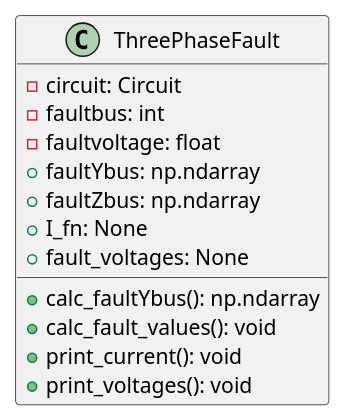
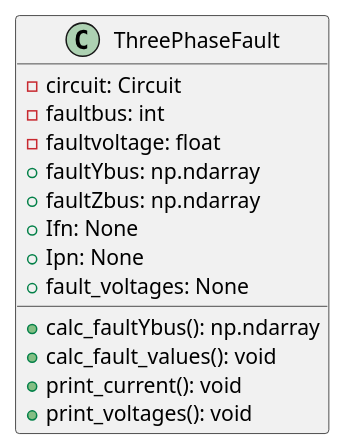
One commit to JLipnerPitt/ECE2774-ADV-POWER-SYSTEMS-ANALYSIS changed the sixth of 19 diagrams in project2.plantuml. Above: the diagram before and after it, drawn with PlantUML. The commit also changed other lines of this file and 1 other file, not shown here.

Commit message:
Updated plantuml diagrams

```diff
--- a/project2.plantuml
+++ b/project2.plantuml
@@ -119,16 +123,17 @@
 @startuml ThreePhaseFault
 class ThreePhaseFault {
     - circuit: Circuit
     - faultbus: int
     - faultvoltage: float
     + faultYbus: np.ndarray
     + faultZbus: np.ndarray
-    + I_fn: None
+    + Ifn: None
+    + Ipn: None
     + fault_voltages: None
 
     + calc_faultYbus(): np.ndarray
     + calc_fault_values(): void
     + print_current(): void
     + print_voltages(): void
 }
 @enduml
```
